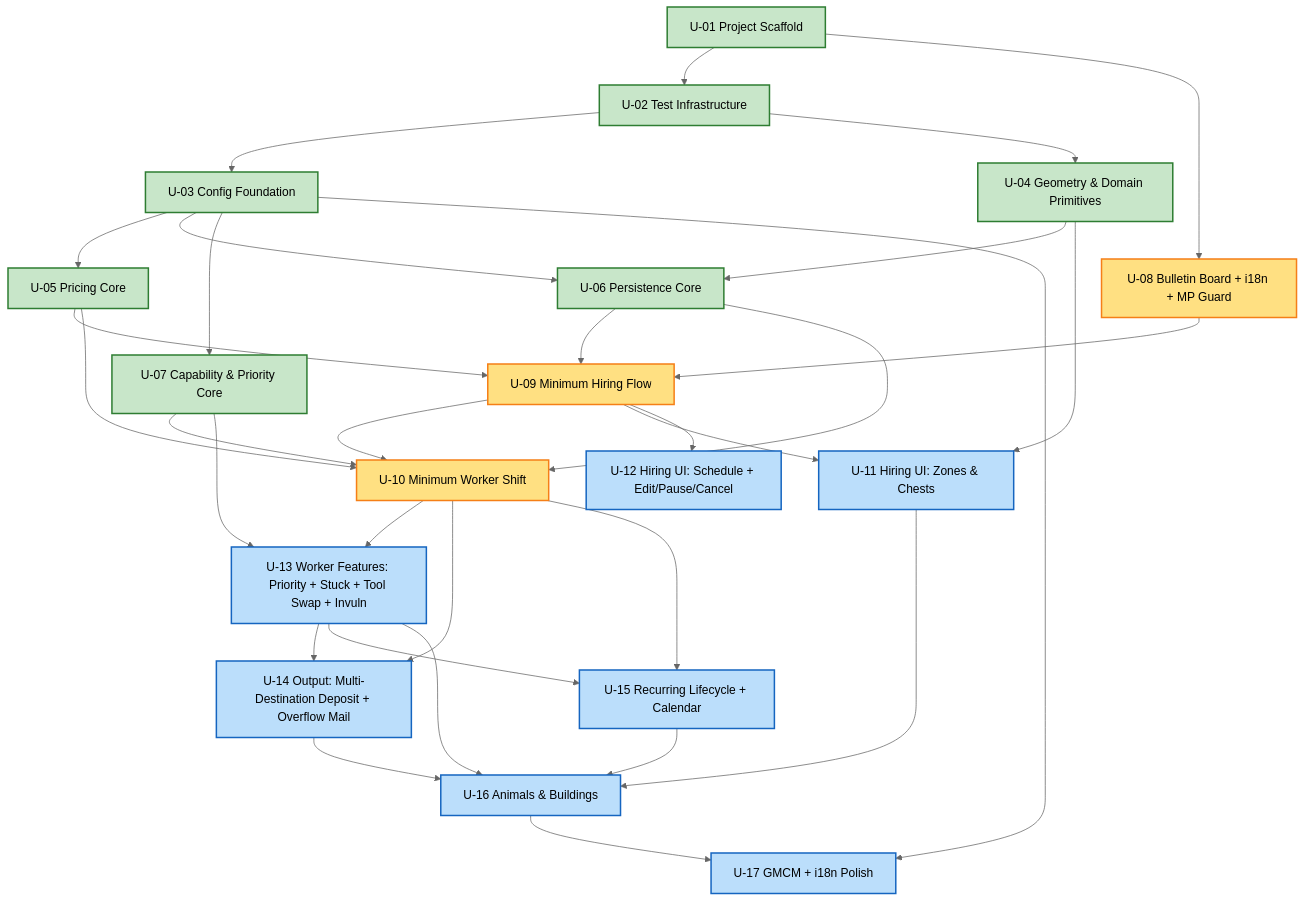
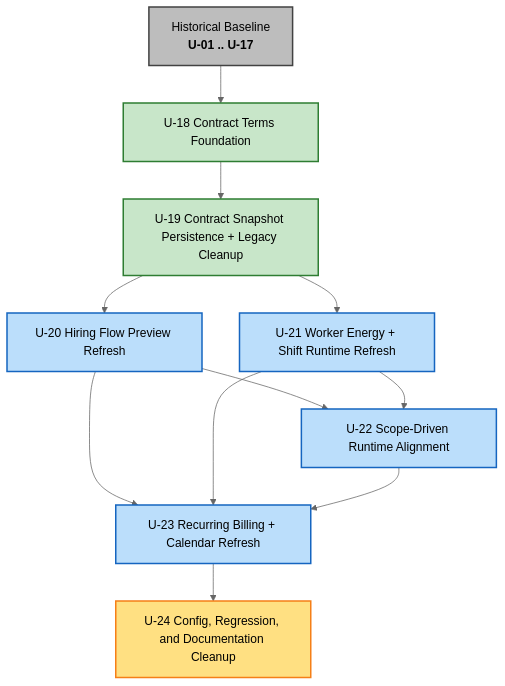
The diagram in aidlc-docs/inception/application-design/unit-of-work-dependency.md (woodske/dayswork), drawn with Mermaid (neutral theme) before and after one commit. The commit also changed other lines of this file and 5 other files, not shown here.

````diff
--- a/aidlc-docs/inception/application-design/unit-of-work-dependency.md
+++ b/aidlc-docs/inception/application-design/unit-of-work-dependency.md
@@ -11,71 +11,32 @@
 ```mermaid
 flowchart TD
-    U01[U-01 Project Scaffold]
-    U02[U-02 Test Infrastructure]
-    U03[U-03 Config Foundation]
-    U04[U-04 Geometry &amp; Domain Primitives]
-    U05[U-05 Pricing Core]
-    U06[U-06 Persistence Core]
-    U07[U-07 Capability &amp; Priority Core]
-    U08[U-08 Bulletin Board + i18n + MP Guard]
-    U09[U-09 Minimum Hiring Flow]
-    U10[U-10 Minimum Worker Shift]
-    U11[U-11 Hiring UI: Zones &amp; Chests]
-    U12[U-12 Hiring UI: Schedule + Edit/Pause/Cancel]
-    U13[U-13 Worker Features: Priority + Stuck + Tool Swap + Invuln]
-    U14[U-14 Output: Multi-Destination Deposit + Overflow Mail]
-    U15[U-15 Recurring Lifecycle + Calendar]
-    U16[U-16 Animals &amp; Buildings]
-    U17[U-17 GMCM + i18n Polish]
+    HB["Historical Baseline<br/><b>U-01 .. U-17</b>"]
+    U18["U-18 Contract Terms Foundation"]
+    U19["U-19 Contract Snapshot Persistence + Legacy Cleanup"]
+    U20["U-20 Hiring Flow Preview Refresh"]
+    U21["U-21 Worker Energy + Shift Runtime Refresh"]
+    U22["U-22 Scope-Driven Runtime Alignment"]
+    U23["U-23 Recurring Billing + Calendar Refresh"]
+    U24["U-24 Config, Regression, and Documentation Cleanup"]
 
-    U01 --> U02
-    U01 --> U08
+    HB --> U18
+    U18 --> U19
+    U19 --> U20
+    U19 --> U21
+    U20 --> U22
+    U21 --> U22
+    U20 --> U23
+    U21 --> U23
+    U22 --> U23
+    U23 --> U24
 
-    U02 --> U03
-    U02 --> U04
+    classDef baseline fill:#BDBDBD,stroke:#424242,stroke-width:2px,color:#000
+    classDef foundation fill:#C8E6C9,stroke:#2E7D32,stroke-width:2px,color:#000
+    classDef feature fill:#BBDEFB,stroke:#1565C0,stroke-width:2px,color:#000
+    classDef cleanup fill:#FFE082,stroke:#F57F17,stroke-width:2px,color:#000
 
-    U03 --> U05
-    U03 --> U06
-    U03 --> U07
-
-    U04 --> U06
-
-    U05 --> U09
-    U06 --> U09
-    U08 --> U09
-
-    U05 --> U10
-    U06 --> U10
-    U07 --> U10
-    U09 --> U10
-
-    U09 --> U11
-    U04 --> U11
-
-    U09 --> U12
-
-    U07 --> U13
-    U10 --> U13
-
-    U10 --> U14
-    U13 --> U14
-
-    U10 --> U15
-    U13 --> U15
-
-    U11 --> U16
-    U13 --> U16
-    U14 --> U16
-    U15 --> U16
-
-    U03 --> U17
-    U16 --> U17
-
-    classDef foundation fill:#C8E6C9,stroke:#2E7D32,stroke-width:2px,color:#000
-    classDef thinSlice fill:#FFE082,stroke:#F57F17,stroke-width:2px,color:#000
-    classDef deepening fill:#BBDEFB,stroke:#1565C0,stroke-width:2px,color:#000
-
-    class U01,U02,U03,U04,U05,U06,U07 foundation
-    class U08,U09,U10 thinSlice
-    class U11,U12,U13,U14,U15,U16,U17 deepening
+    class HB baseline
+    class U18,U19 foundation
+    class U20,U21,U22,U23 feature
+    class U24 cleanup
 ```
````
